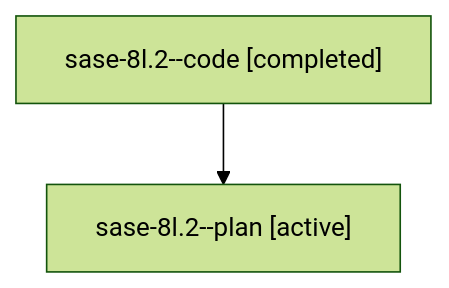
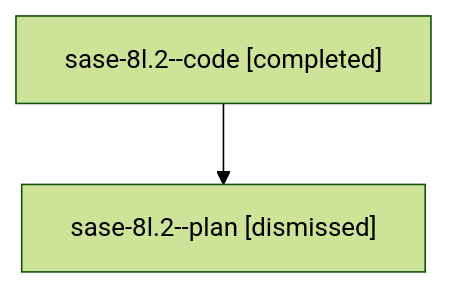
The diagram in sessions/bbugyi200.athena.sase-8l.2.md (sase-org/sase--agents), drawn with Mermaid (forest theme) before and after one commit. The commit also changed other lines of this file and 79 other files, not shown here.

````diff
--- a/sessions/bbugyi200.athena.sase-8l.2.md
+++ b/sessions/bbugyi200.athena.sase-8l.2.md
@@ -9,6 +9,6 @@
 ```mermaid
 flowchart TD
   n0["sase-8l.2--code [completed]"]
-  n1["sase-8l.2--plan [active]"]
+  n1["sase-8l.2--plan [dismissed]"]
   n0 --> n1
 ```
````
